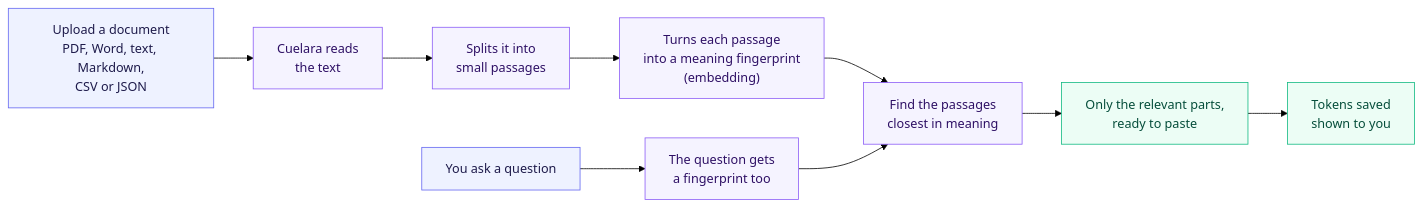
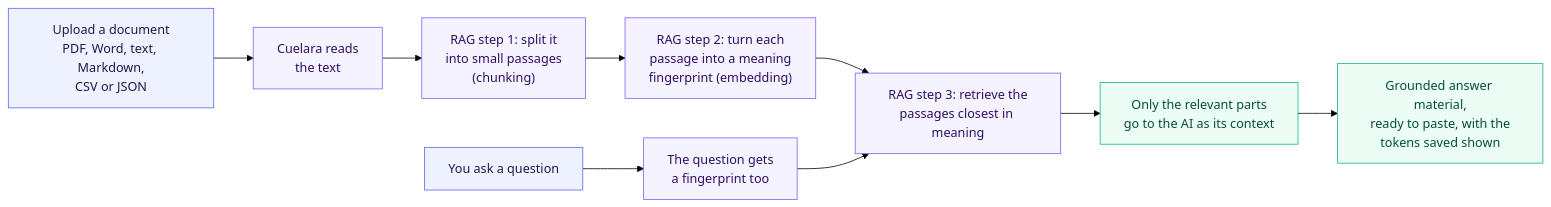
One commit to aliyanfaisal/Cuelara.com changed the sixth of 17 diagrams in README.md. Above: the diagram before and after it, drawn with Mermaid (forest theme). The commit also changed other lines of this file, not shown here.

````diff
--- a/README.md
+++ b/README.md
@@ -197,15 +199,15 @@
 ```mermaid
 flowchart LR
     A["Upload a document<br/>PDF, Word, text, Markdown,<br/>CSV or JSON"]:::in --> B["Cuelara reads<br/>the text"]:::ai
-    B --> C["Splits it into<br/>small passages"]:::ai
-    C --> D["Turns each passage<br/>into a meaning fingerprint<br/>(embedding)"]:::ai
+    B --> C["RAG step 1: split it<br/>into small passages<br/>(chunking)"]:::ai
+    C --> D["RAG step 2: turn each<br/>passage into a meaning<br/>fingerprint (embedding)"]:::ai
     E["You ask a question"]:::in --> F["The question gets<br/>a fingerprint too"]:::ai
-    D --> G["Find the passages<br/>closest in meaning"]:::ai
+    D --> G["RAG step 3: retrieve the<br/>passages closest in meaning"]:::ai
     F --> G
-    G --> H["Only the relevant parts,<br/>ready to paste"]:::out
-    H --> I["Tokens saved<br/>shown to you"]:::out
+    G --> H["Only the relevant parts<br/>go to the AI as its context"]:::out
+    H --> I["Grounded answer material,<br/>ready to paste, with the<br/>tokens saved shown"]:::out
     classDef in fill:#eef2ff,stroke:#6366f1,color:#1e1b4b
     classDef ai fill:#f5f3ff,stroke:#8b5cf6,color:#2e1065
     classDef out fill:#ecfdf5,stroke:#10b981,color:#064e3b
     classDef warn fill:#fffbeb,stroke:#f59e0b,color:#78350f
 ```
````
